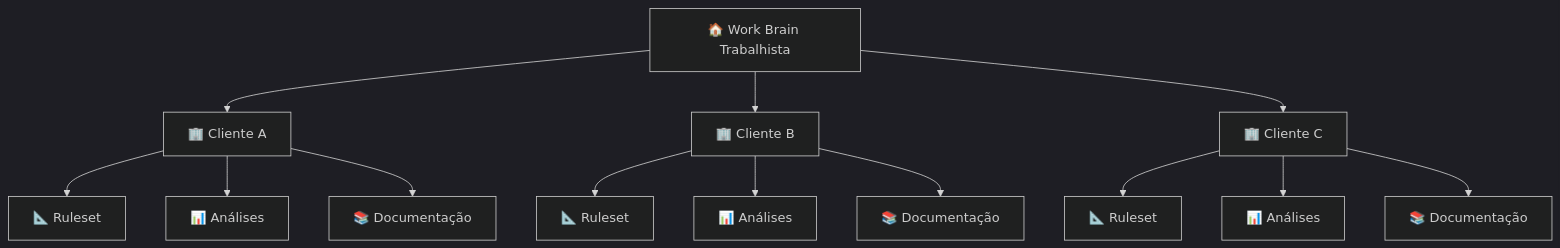
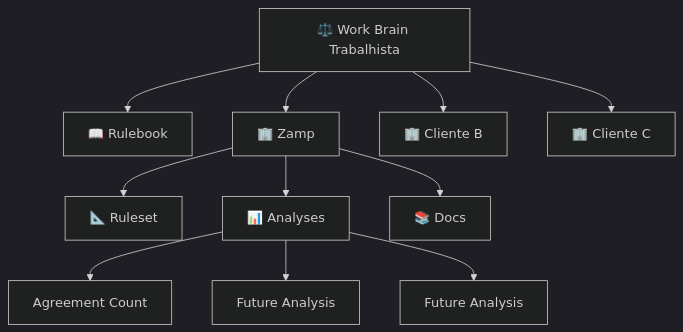
The third of 3 diagrams in profile/README.md (Work-brain-Trabalhista/.github), drawn with Mermaid (dark theme) before and after one commit. The commit also changed other lines of this file, not shown here.

````diff
--- a/profile/README.md
+++ b/profile/README.md
@@ -151,20 +521,18 @@
 ```mermaid
 flowchart TD
-    HOME["🏠 Work Brain Trabalhista"]
+    HOME["⚖️ Work Brain Trabalhista"]
 
-    HOME --> A["🏢 Cliente A"]
+    HOME --> RULEBOOK["📖 Rulebook"]
+
+    HOME --> ZAMP["🏢 Zamp"]
     HOME --> B["🏢 Cliente B"]
     HOME --> C["🏢 Cliente C"]
 
-    A --> AR["📐 Ruleset"]
-    A --> AA["📊 Análises"]
-    A --> AD["📚 Documentação"]
+    ZAMP --> ZR["📐 Ruleset"]
+    ZAMP --> ZA["📊 Analyses"]
+    ZAMP --> ZD["📚 Docs"]
 
-    B --> BR["📐 Ruleset"]
-    B --> BA["📊 Análises"]
-    B --> BD["📚 Documentação"]
-
-    C --> CR["📐 Ruleset"]
-    C --> CA["📊 Análises"]
-    C --> CD["📚 Documentação"]
+    ZA --> ZA1["Agreement Count"]
+    ZA --> ZA2["Future Analysis"]
+    ZA --> ZA3["Future Analysis"]
 ```
````
